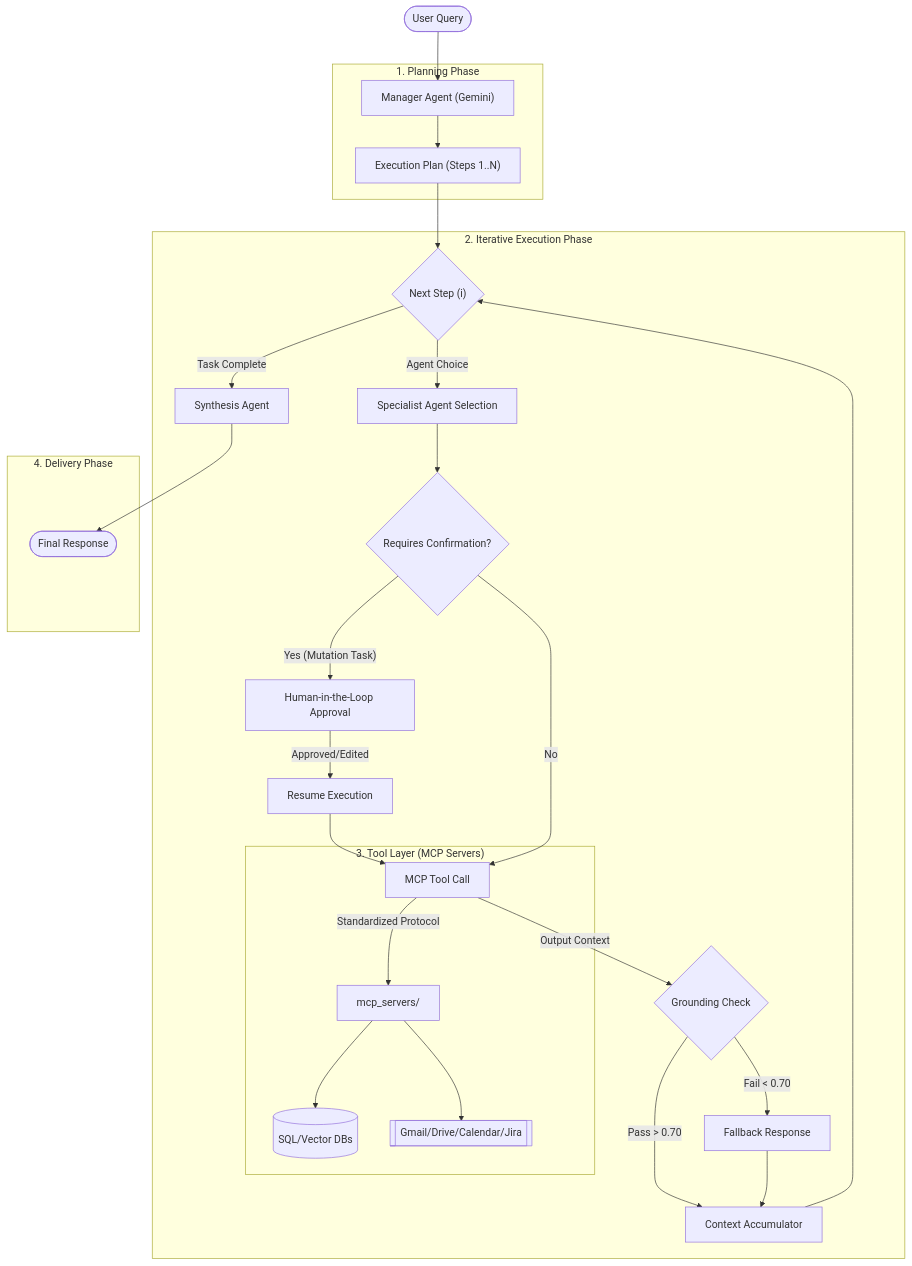
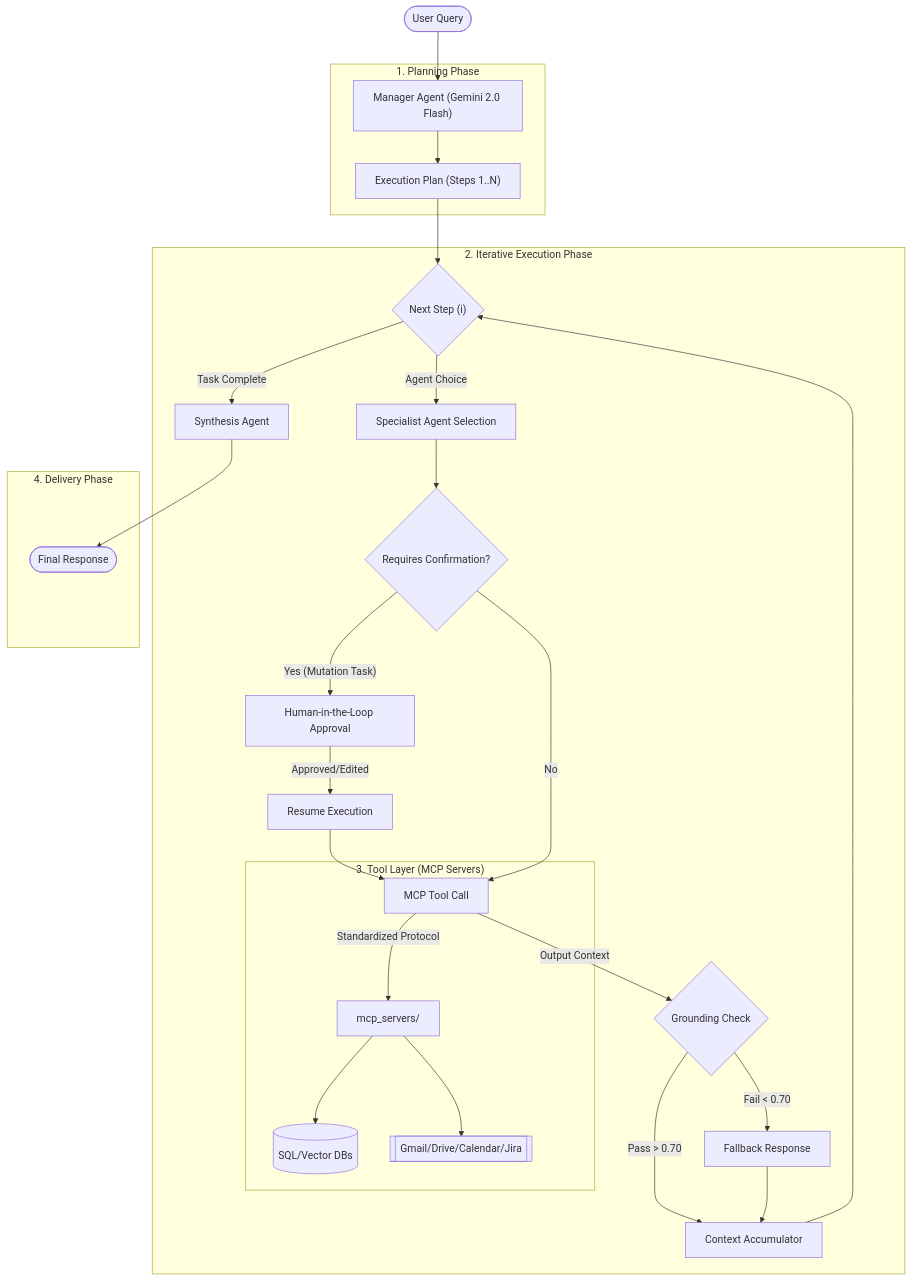
One commit to chetanreddyv/vertical_aiAgent changed the first of 2 diagrams in README.md. Above: the diagram before and after it, drawn with Mermaid. The commit also changed other lines of this file, not shown here.

Commit message:
docs: enhance README with detailed features, architecture, use cases, and a table of contents.

````diff
--- a/README.md
+++ b/README.md
@@ -21,38 +47,38 @@
 ```mermaid
 graph TD
-    User([User Query]) --> Manager["Manager Agent (Gemini)"]
+    User([User Query]) --> Manager["Manager Agent (Gemini 2.0 Flash)"]
     
     subgraph Preparation["1. Planning Phase"]
         Manager --> Plan["Execution Plan (Steps 1..N)"]
     end
     
     subgraph Runtime["2. Iterative Execution Phase"]
         Plan --> StepLoop{"Next Step (i)"}
         StepLoop -- "Agent Choice" --> Exec["Specialist Agent Selection"]
         
         Exec --> ConfCheck{"Requires Confirmation?"}
         
         ConfCheck -- "Yes (Mutation Task)" --> HITL["Human-in-the-Loop Approval"]
         HITL -- "Approved/Edited" --> Resume["Resume Execution"]
         Resume --> ToolCall
         
         ConfCheck -- "No" --> ToolCall["MCP Tool Call"]
         
         subgraph Tools["3. Tool Layer (MCP Servers)"]
             ToolCall -- "Standardized Protocol" --> MCPServers["mcp_servers/"]
             MCPServers --> DBs[(SQL/Vector DBs)]
             MCPServers --> APIs[[Gmail/Drive/Calendar/Jira]]
         end
         
         ToolCall -- "Output Context" --> Grounding{"Grounding Check"}
         Grounding -- "Pass > 0.70" --> UpdateContext["Context Accumulator"]
         Grounding -- "Fail < 0.70" --> Fallback["Fallback Response"]
         Fallback --> UpdateContext
         UpdateContext --> StepLoop
         StepLoop -- "Task Complete" --> Synth["Synthesis Agent"]
     end
     
     subgraph Delivery["4. Delivery Phase"]
         Synth --> Final([Final Response])
     end
 ```
````
